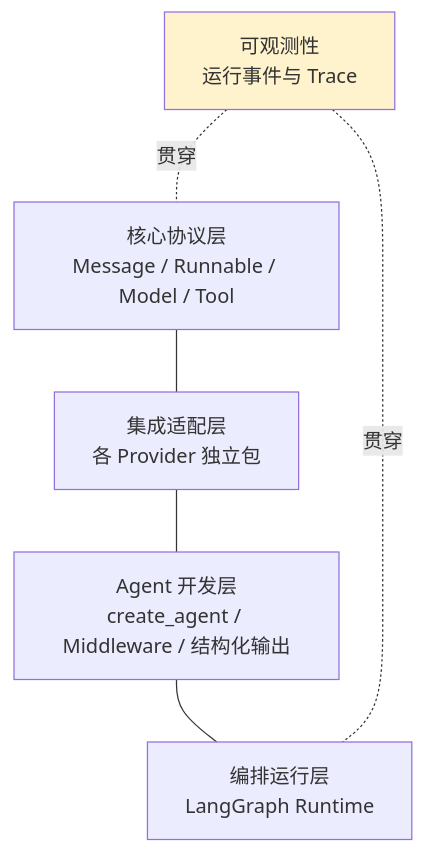
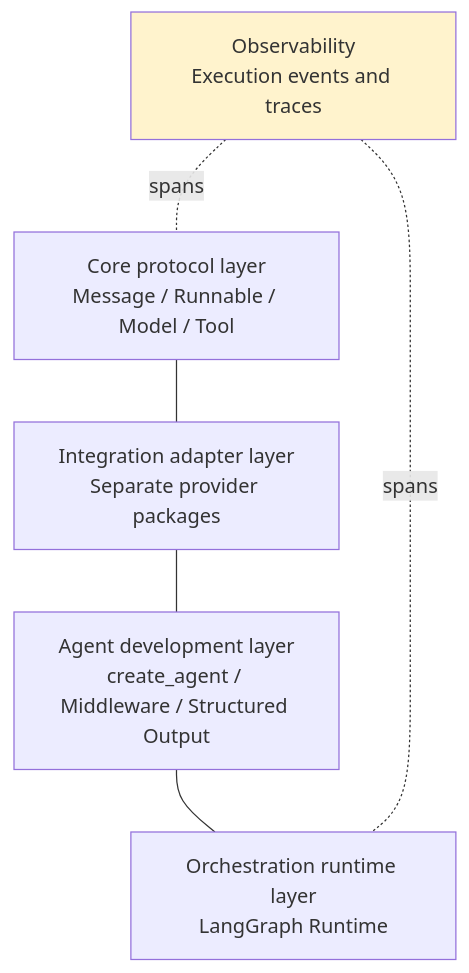
One commit to oneleaveknowsthefall/awesome-ai-roadmap changed the first of 3 diagrams in docs/frameworks/01-langchain/01-foundations/03-langchain-architecture.md. Above: the diagram before and after it, drawn with Mermaid. The commit also changed other lines of this file and 70 other files, not shown here.

````diff
--- a/docs/frameworks/01-langchain/01-foundations/03-langchain-architecture.md
+++ b/docs/frameworks/01-langchain/01-foundations/03-langchain-architecture.md
@@ -28,13 +28,13 @@
 ```mermaid
 flowchart TB
-    A["核心协议层<br/>Message / Runnable / Model / Tool"]
-    B["集成适配层<br/>各 Provider 独立包"]
-    C["Agent 开发层<br/>create_agent / Middleware / 结构化输出"]
-    D["编排运行层<br/>LangGraph Runtime"]
-    O["可观测性<br/>运行事件与 Trace"]
+    A["Core protocol layer<br/>Message / Runnable / Model / Tool"]
+    B["Integration adapter layer<br/>Separate provider packages"]
+    C["Agent development layer<br/>create_agent / Middleware / Structured Output"]
+    D["Orchestration runtime layer<br/>LangGraph Runtime"]
+    O["Observability<br/>Execution events and traces"]
     A --- B --- C --- D
-    O -.贯穿.- A
-    O -.贯穿.- D
+    O -.spans.- A
+    O -.spans.- D
 
     style O fill:#fff3cd
 ```
````
